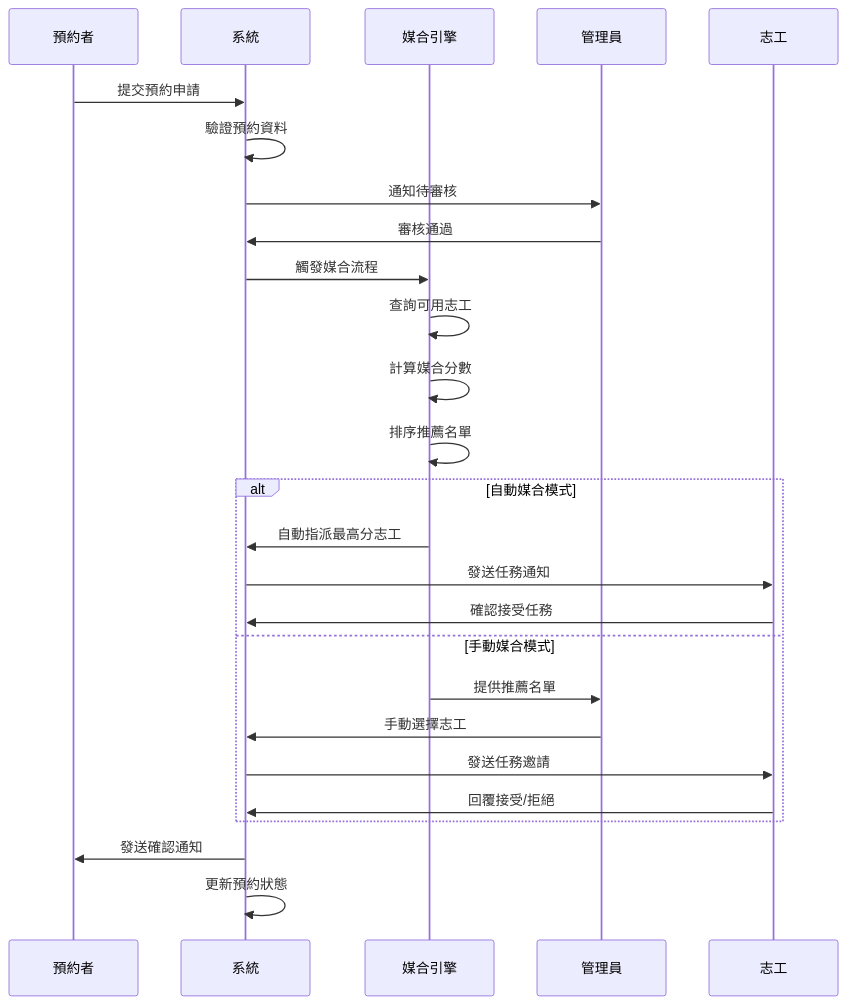
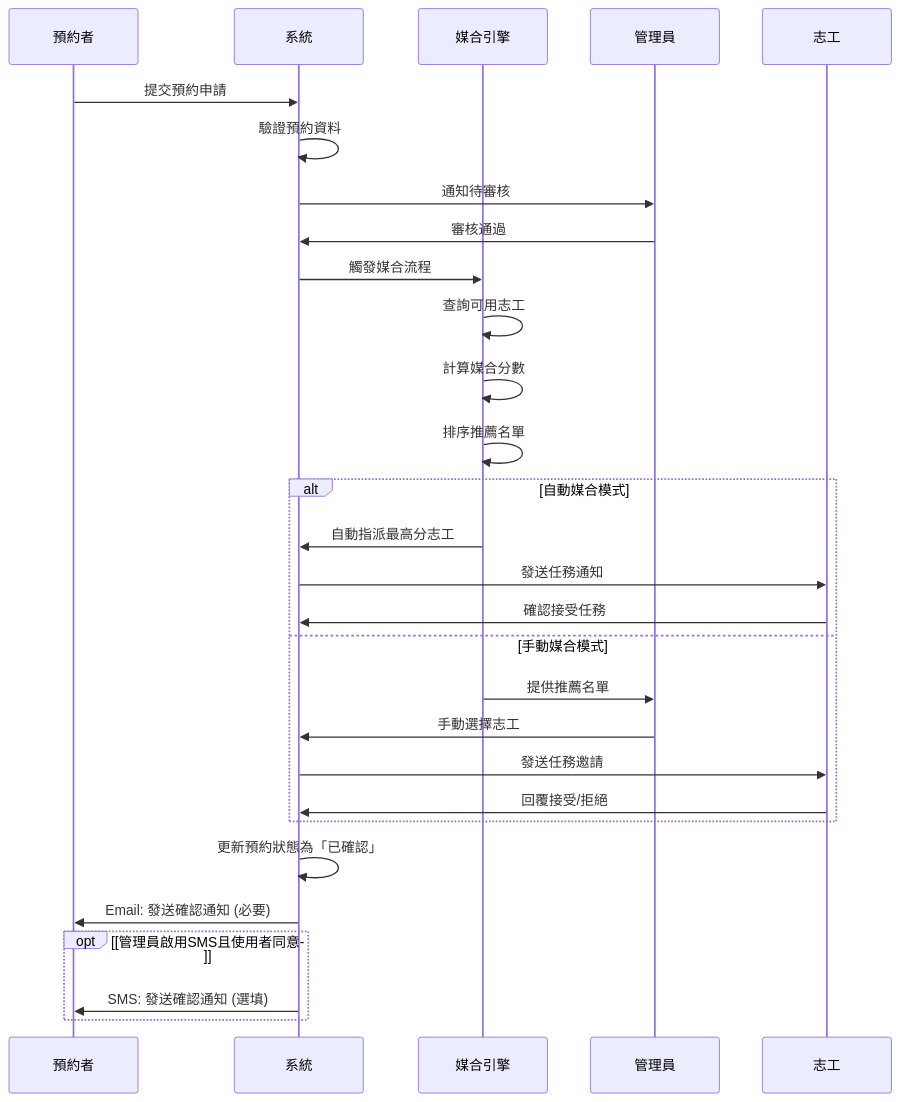
Before and after one commit to FireJosh/ttfd-civic-tech-2025: the second of 2 diagrams in README.md, drawn with Mermaid. The commit also changed other lines of this file, not shown here.

````diff
--- a/README.md
+++ b/README.md
@@ -269,32 +300,35 @@
 ```mermaid
 sequenceDiagram
     participant C as 預約者
     participant S as 系統
     participant M as 媒合引擎
     participant A as 管理員
     participant V as 志工
 
     C->>S: 提交預約申請
     S->>S: 驗證預約資料
     S->>A: 通知待審核
     A->>S: 審核通過
     S->>M: 觸發媒合流程
     
     M->>M: 查詢可用志工
     M->>M: 計算媒合分數
     M->>M: 排序推薦名單
     
     alt 自動媒合模式
         M->>S: 自動指派最高分志工
         S->>V: 發送任務通知
         V->>S: 確認接受任務
     else 手動媒合模式
         M->>A: 提供推薦名單
         A->>S: 手動選擇志工
         S->>V: 發送任務邀請
         V->>S: 回覆接受/拒絕
     end
     
-    S->>C: 發送確認通知
-    S->>S: 更新預約狀態
+    S->>S: 更新預約狀態為「已確認」
+    S->>C: Email: 發送確認通知 (必要)
+    opt [管理員啟用SMS且使用者同意]
+        S->>C: SMS: 發送確認通知 (選填)
+    end
 ```
````
